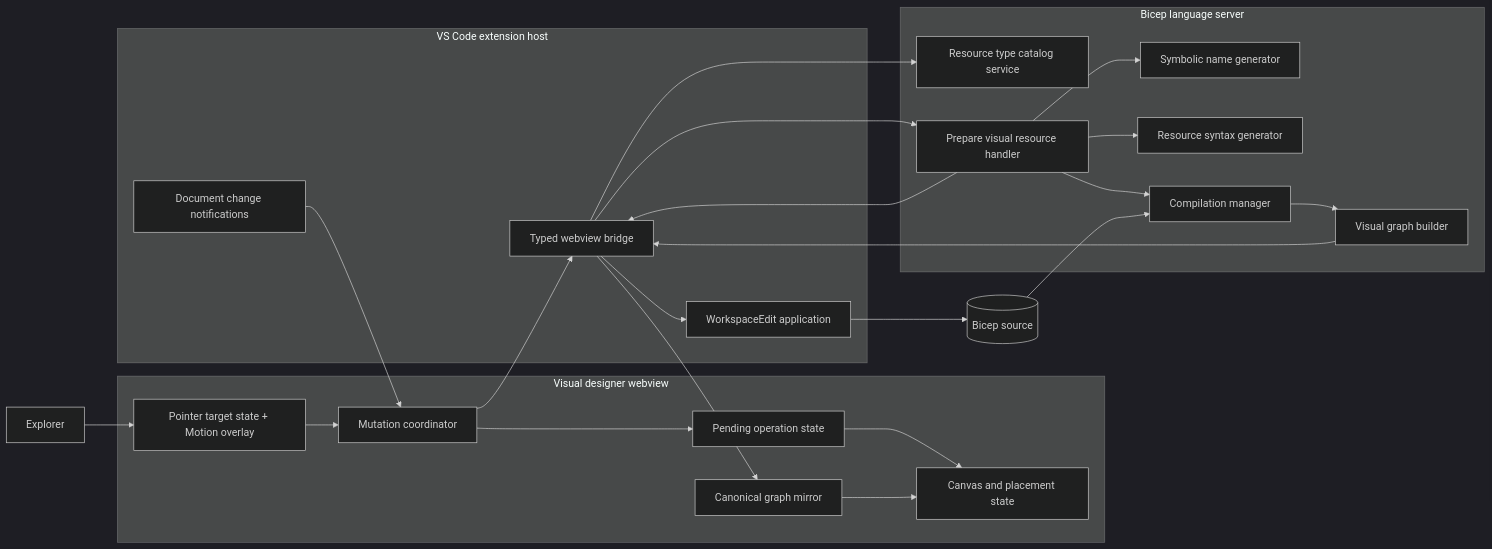
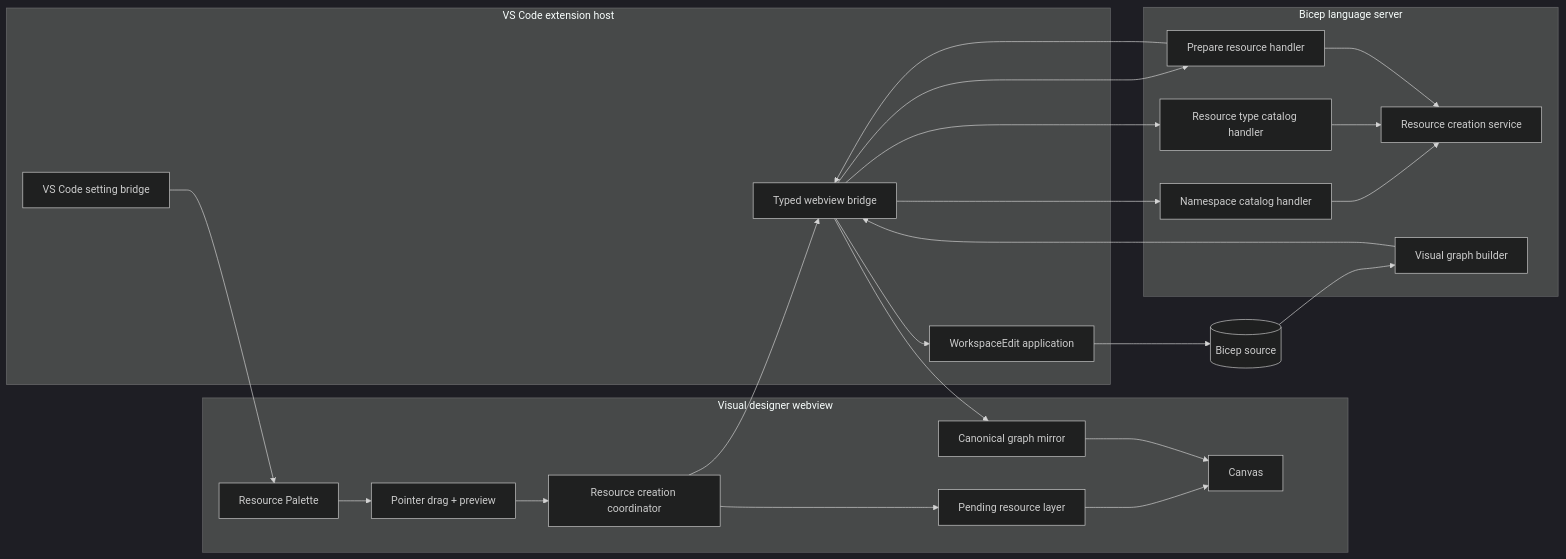
One commit to Azure/bicep changed the fourth of 4 diagrams in src/vscode-bicep-ui/apps/visual-designer/resource-creation-design.md. Above: the diagram before and after it, drawn with Mermaid (dark theme). The commit also changed other lines of this file and 11 other files, not shown here.

First line of the commit message:
Gate resource creation behind experimental setting

````diff
--- a/src/vscode-bicep-ui/apps/visual-designer/resource-creation-design.md
+++ b/src/vscode-bicep-ui/apps/visual-designer/resource-creation-design.md
@@ -155,47 +262,47 @@
 ```mermaid
 flowchart LR
     subgraph Webview[Visual designer webview]
-        Drag[Pointer target state + Motion overlay]
-        Mutation[Mutation coordinator]
-        Pending[Pending operation state]
+        Palette[Resource Palette]
+        Drag[Pointer drag + preview]
+        Creation[Resource creation coordinator]
+        Pending[Pending resource layer]
         Graph[Canonical graph mirror]
-        Canvas[Canvas and placement state]
+        Canvas[Canvas]
     end
 
     subgraph Extension[VS Code extension host]
         Bridge[Typed webview bridge]
         Apply[WorkspaceEdit application]
-        Events[Document change notifications]
+        Settings[VS Code setting bridge]
     end
 
     subgraph LS[Bicep language server]
-        Catalog[Resource type catalog service]
-        Prepare[Prepare visual resource handler]
-        Naming[Symbolic name generator]
-        Generate[Resource syntax generator]
-        Compilation[Compilation manager]
+        NamespaceCatalog[Namespace catalog handler]
+        TypeCatalog[Resource type catalog handler]
+        Prepare[Prepare resource handler]
+        Service[Resource creation service]
         GraphBuilder[Visual graph builder]
     end
 
     Source[(Bicep source)]
 
-    Explorer --> Drag
-    Drag --> Mutation
-    Mutation --> Pending
-    Mutation --> Bridge
-    Bridge --> Catalog
+    Settings --> Palette
+    Palette --> Drag
+    Drag --> Creation
+    Creation --> Pending
+    Creation --> Bridge
+    Bridge --> NamespaceCatalog
+    Bridge --> TypeCatalog
     Bridge --> Prepare
-    Prepare --> Compilation
-    Prepare --> Naming
-    Prepare --> Generate
+    NamespaceCatalog --> Service
+    TypeCatalog --> Service
+    Prepare --> Service
     Prepare --> Bridge
     Bridge --> Apply
     Apply --> Source
-    Source --> Compilation
-    Events --> Mutation
-    Compilation --> GraphBuilder
+    Source --> GraphBuilder
     GraphBuilder --> Bridge
     Bridge --> Graph
     Pending --> Canvas
     Graph --> Canvas
 ```
````
